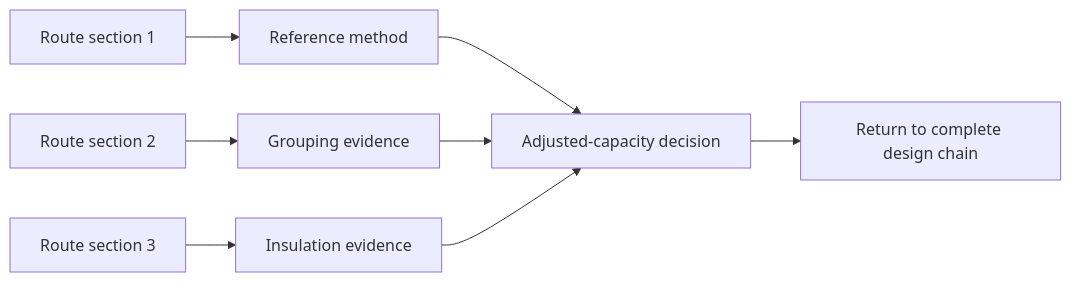
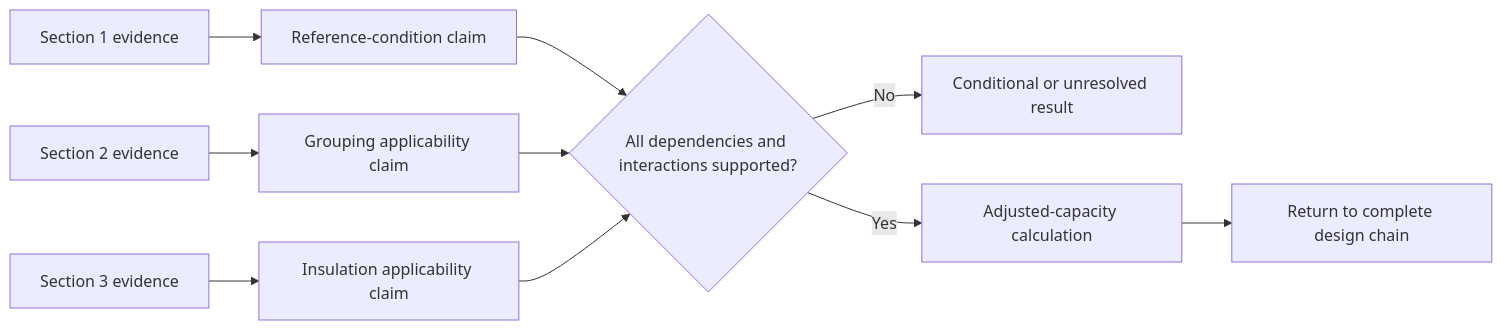
The second of 2 diagrams in docs/learning-plans/6-week/modules/day-17-installation-conditions-and-derating-factor-reasoning.md (andrew3stedall/capstone), drawn with Mermaid before and after one commit. The commit also changed other lines of this file, not shown here.

Commit message:
Improve Day 17 installation-condition reasoning

````diff
--- a/docs/learning-plans/6-week/modules/day-17-installation-conditions-and-derating-factor-reasoning.md
+++ b/docs/learning-plans/6-week/modules/day-17-installation-conditions-and-derating-factor-reasoning.md
@@ -126,10 +178,12 @@
 ```mermaid
 flowchart LR
-    R1[Route section 1] --> M1[Reference method]
-    R2[Route section 2] --> M2[Grouping evidence]
-    R3[Route section 3] --> M3[Insulation evidence]
-    M1 --> A[Adjusted-capacity decision]
-    M2 --> A
-    M3 --> A
+    R1[Section 1 evidence] --> C1[Reference-condition claim]
+    R2[Section 2 evidence] --> C2[Grouping applicability claim]
+    R3[Section 3 evidence] --> C3[Insulation applicability claim]
+    C1 --> X{All dependencies and interactions supported?}
+    C2 --> X
+    C3 --> X
+    X -->|No| U[Conditional or unresolved result]
+    X -->|Yes| A[Adjusted-capacity calculation]
     A --> D[Return to complete design chain]
 ```
````
